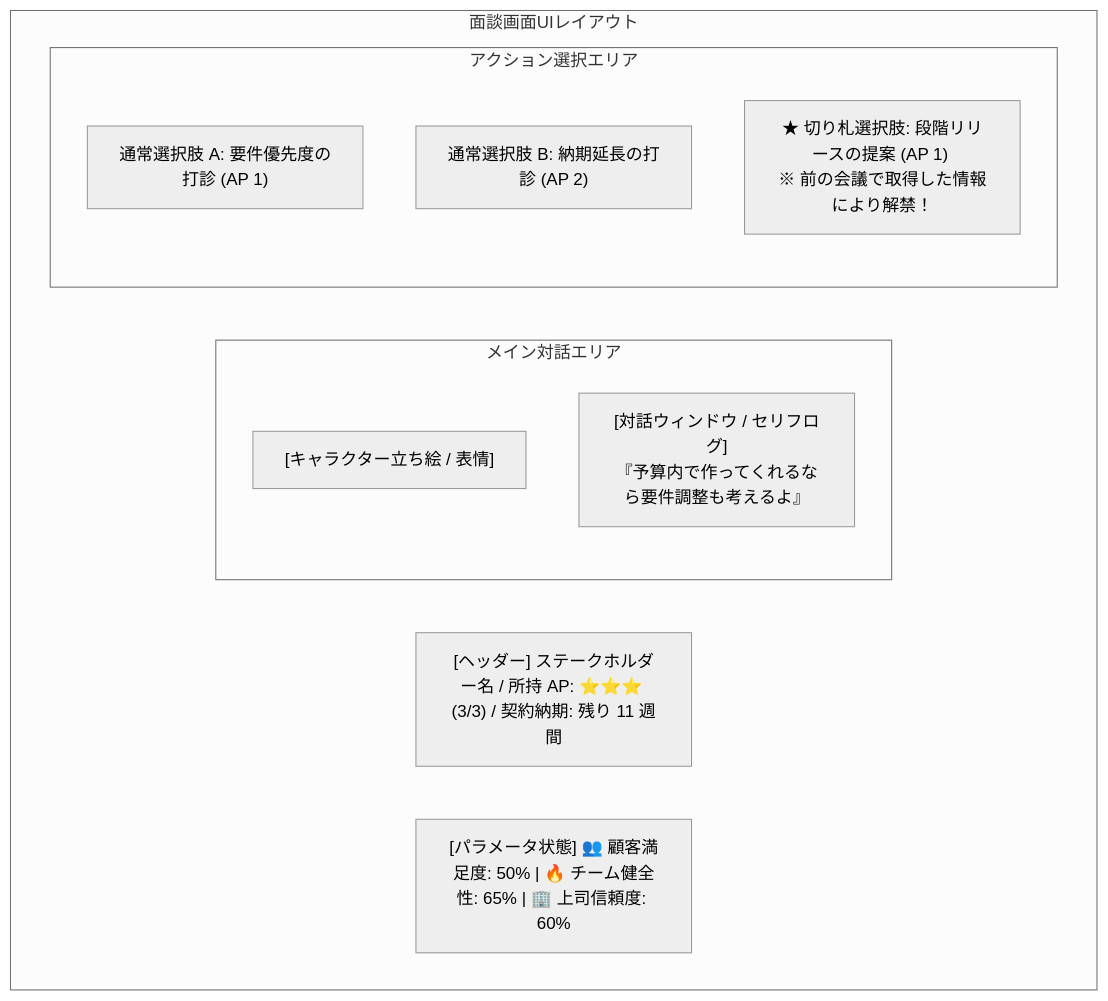
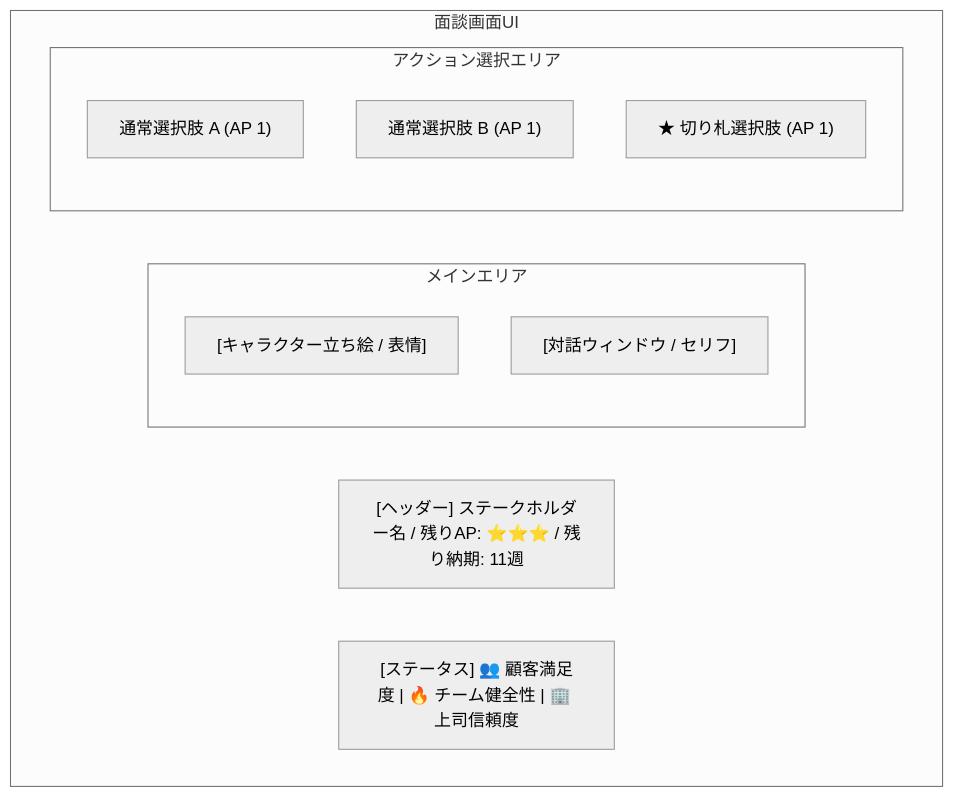
Before and after one commit to asabon/pm-simulator: the third of 3 diagrams in docs/spec/phase1_kickoff.md, drawn with Mermaid (neutral theme). The commit also changed other lines of this file, not shown here.

Commit message:
docs: Mermaid図のノードラベルをテキスト文字切れ防止のため簡潔化

````diff
--- a/docs/spec/phase1_kickoff.md
+++ b/docs/spec/phase1_kickoff.md
@@ -88,18 +88,18 @@
 ```mermaid
 graph TB
-    subgraph 面談画面UIレイアウト
-        HEADER["[ヘッダー] ステークホルダー名 / 所持 AP: ⭐⭐⭐ (3/3) / 契約納期: 残り 11 週間"]
-        STATUS["[パラメータ状態] 👥 顧客満足度: 50% | 🔥 チーム健全性: 65% | 🏢 上司信頼度: 60%"]
+    subgraph 面談画面UI
+        HEADER["[ヘッダー] ステークホルダー名 / 残りAP: ⭐⭐⭐ / 残り納期: 11週"]
+        STATUS["[ステータス] 👥 顧客満足度 | 🔥 チーム健全性 | 🏢 上司信頼度"]
         
-        subgraph MAIN["メイン対話エリア"]
+        subgraph MAIN["メインエリア"]
             CHAR["[キャラクター立ち絵 / 表情]"]
-            DIALOG["[対話ウィンドウ / セリフログ]<br>『予算内で作ってくれるなら要件調整も考えるよ』"]
+            DIALOG["[対話ウィンドウ / セリフ]"]
         end
 
         subgraph ACTIONS["アクション選択エリア"]
-            ACT1["通常選択肢 A: 要件優先度の打診 (AP 1)"]
-            ACT2["通常選択肢 B: 納期延長の打診 (AP 2)"]
-            ACT_SPECIAL["★ 切り札選択肢: 段階リリースの提案 (AP 1) <br>※ 前の会議で取得した情報により解禁！"]
+            ACT1["通常選択肢 A (AP 1)"]
+            ACT2["通常選択肢 B (AP 1)"]
+            ACT_SPECIAL["★ 切り札選択肢 (AP 1)"]
         end
     end
 ```
````
